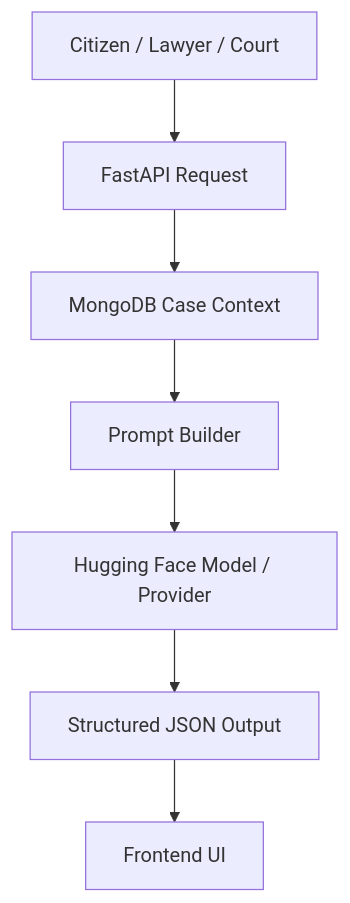
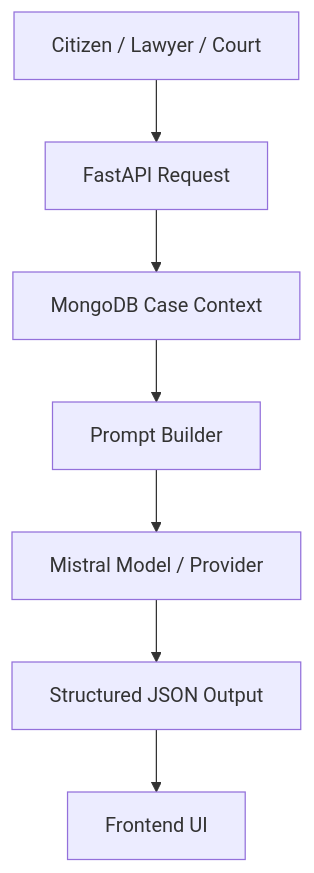
One commit to HimanshuIITP/Casemind changed the third of 3 diagrams in README.md. Above: the diagram before and after it, drawn with Mermaid. The commit also changed other lines of this file and 1 other file, not shown here.

Commit message:
Docs: use Mistral AI (replace Hugging Face references)

````diff
--- a/README.md
+++ b/README.md
@@ -647,9 +647,9 @@
 ```mermaid
 flowchart TD
   A[Citizen / Lawyer / Court] --> B[FastAPI Request]
   B --> C[MongoDB Case Context]
   C --> D[Prompt Builder]
-  D --> E[Hugging Face Model / Provider]
+  D --> E[Mistral Model / Provider]
   E --> F[Structured JSON Output]
   F --> G[Frontend UI]
 ```
````
